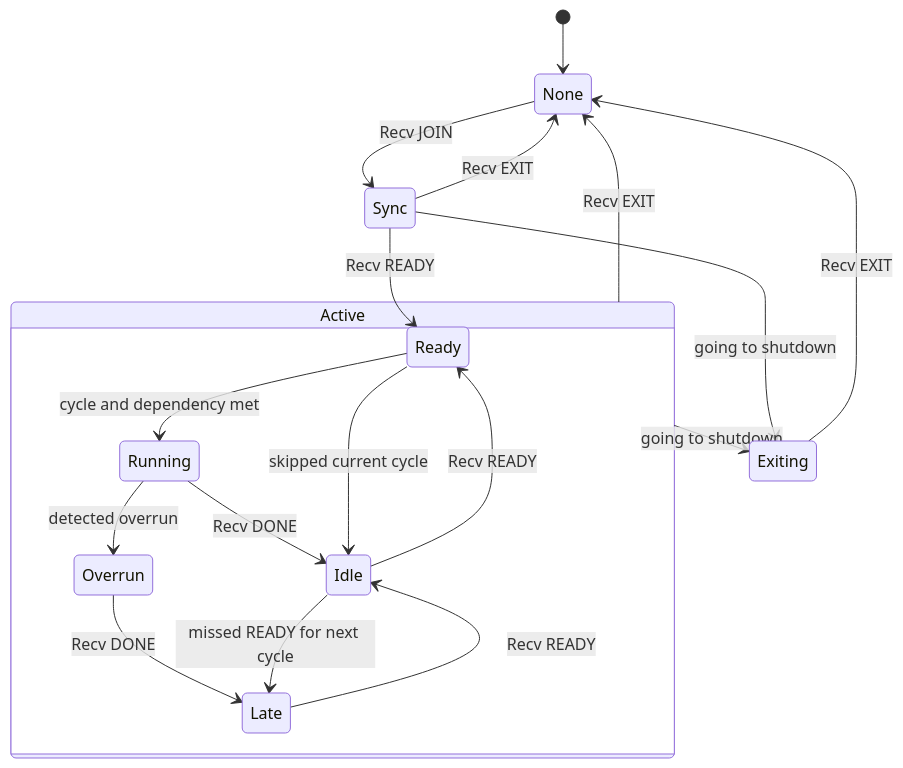
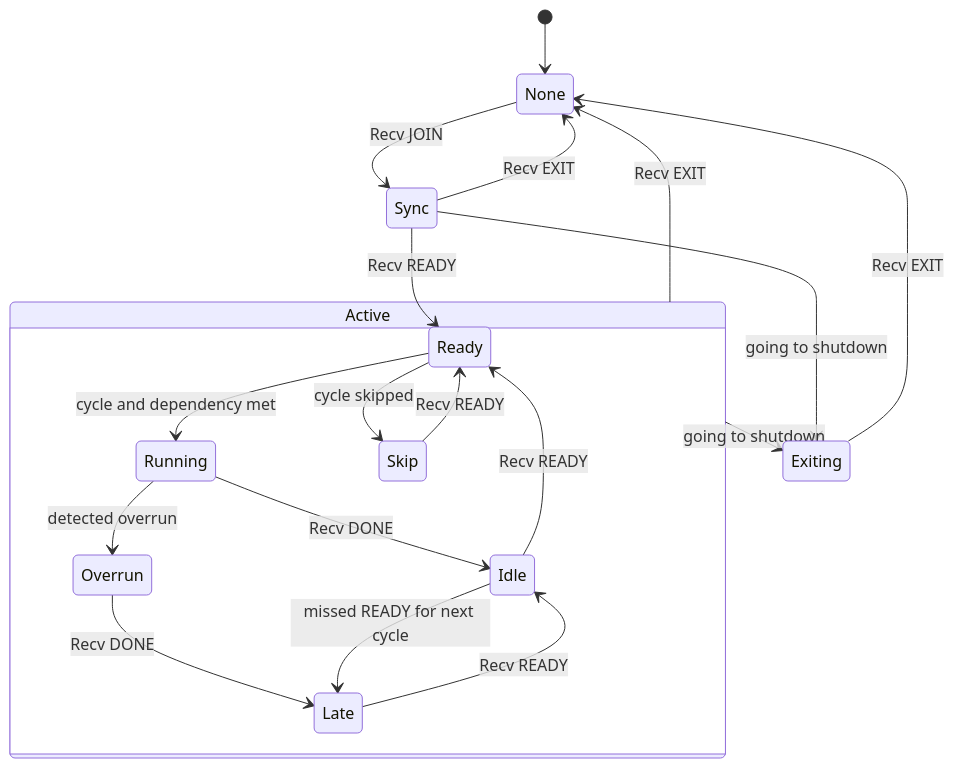
One commit to nao-kawano/ritsu-scheduler changed the second of 2 diagrams in docs/state-management.md. Above: the diagram before and after it, drawn with Mermaid. The commit also changed other lines of this file and 1 other file, not shown here.

First line of the commit message:
docs: Reintroduce Skip state to prevent invalid state transitions

````diff
--- a/docs/state-management.md
+++ b/docs/state-management.md
@@ -47,25 +47,27 @@
 ```mermaid
 stateDiagram-v2
     [*] --> None
     None --> Sync : Recv JOIN
     Sync --> Ready : Recv READY
 
     Sync --> None : Recv EXIT
     Sync --> Exiting : going to shutdown
     Active --> Exiting : going to shutdown
     Exiting --> None : Recv EXIT
     Active --> None : Recv EXIT
 
     State Active {
         Ready --> Running : cycle and dependency met
         Running --> Idle : Recv DONE
         Idle --> Ready : Recv READY
-        Ready --> Idle : skipped current cycle
+
+        Ready --> Skip : cycle skipped
+        Skip --> Ready : Recv READY
 
         Running --> Overrun : detected overrun
         Overrun --> Late : Recv DONE
 
         Idle --> Late : missed READY for next cycle
         Late --> Idle : Recv READY
     }
 ```
````
